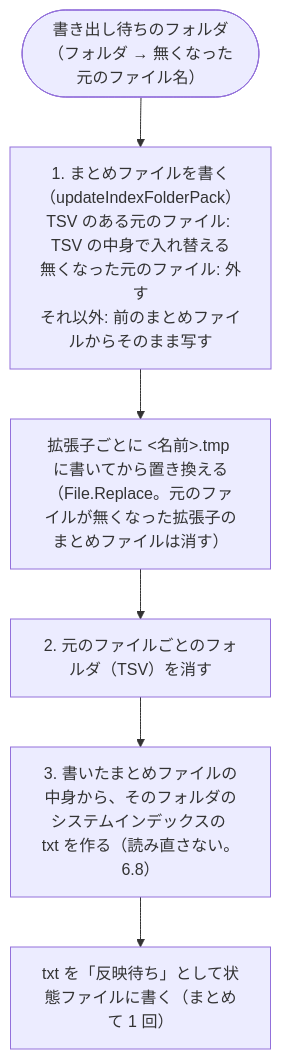
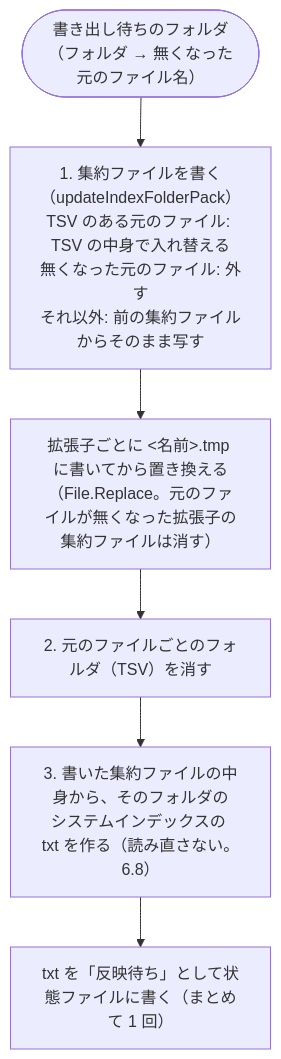
The diagram in docs/01_インデックス作成_7_出力TSVと既知の問題.md (hsgwa/tebunko), drawn with Mermaid before and after one commit. The commit also changed other lines of this file and 44 other files, not shown here.

````diff
--- a/docs/01_インデックス作成_7_出力TSVと既知の問題.md
+++ b/docs/01_インデックス作成_7_出力TSVと既知の問題.md
@@ -117,8 +117,8 @@
 ```mermaid
 flowchart TD
-    P(["書き出し待ちのフォルダ<br>（フォルダ → 無くなった元のファイル名）"]) --> A["1. まとめファイルを書く（updateIndexFolderPack）<br>TSV のある元のファイル: TSV の中身で入れ替える<br>無くなった元のファイル: 外す<br>それ以外: 前のまとめファイルからそのまま写す"]
-    A --> B["拡張子ごとに #lt;名前#gt;.tmp に書いてから置き換える<br>（File.Replace。元のファイルが無くなった拡張子のまとめファイルは消す）"]
+    P(["書き出し待ちのフォルダ<br>（フォルダ → 無くなった元のファイル名）"]) --> A["1. 集約ファイルを書く（updateIndexFolderPack）<br>TSV のある元のファイル: TSV の中身で入れ替える<br>無くなった元のファイル: 外す<br>それ以外: 前の集約ファイルからそのまま写す"]
+    A --> B["拡張子ごとに #lt;名前#gt;.tmp に書いてから置き換える<br>（File.Replace。元のファイルが無くなった拡張子の集約ファイルは消す）"]
     B --> C["2. 元のファイルごとのフォルダ（TSV）を消す"]
-    C --> D["3. 書いたまとめファイルの中身から、そのフォルダの<br>システムインデックスの txt を作る（読み直さない。6.8）"]
+    C --> D["3. 書いた集約ファイルの中身から、そのフォルダの<br>システムインデックスの txt を作る（読み直さない。6.8）"]
     D --> E["txt を「反映待ち」として状態ファイルに書く（まとめて 1 回）"]
 ```
````
